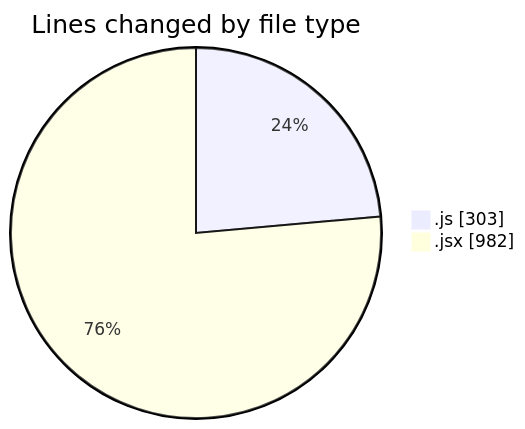
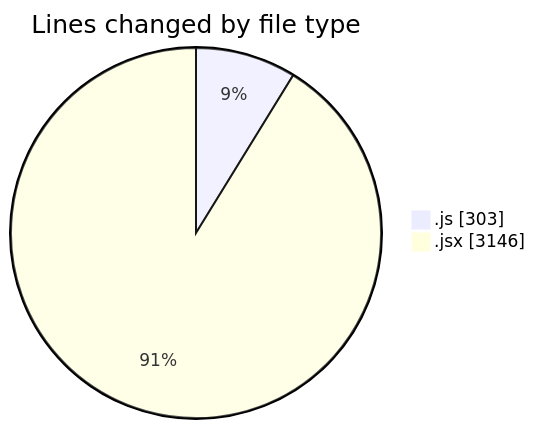
One commit to nxtqubesakshisongat/code-tracking changed the first of 2 diagrams in 2025-05-21/nxtqube_webapp/README.md. Above: the diagram before and after it, drawn with Mermaid. The commit also changed other lines of this file and 1 other file, not shown here.

````diff
--- a/2025-05-21/nxtqube_webapp/README.md
+++ b/2025-05-21/nxtqube_webapp/README.md
@@ -23,6 +24,6 @@
 ```mermaid
 pie showData
 title Lines changed by file type
 ".js" : 303
-".jsx" : 982
+".jsx" : 3146
 ```
````
